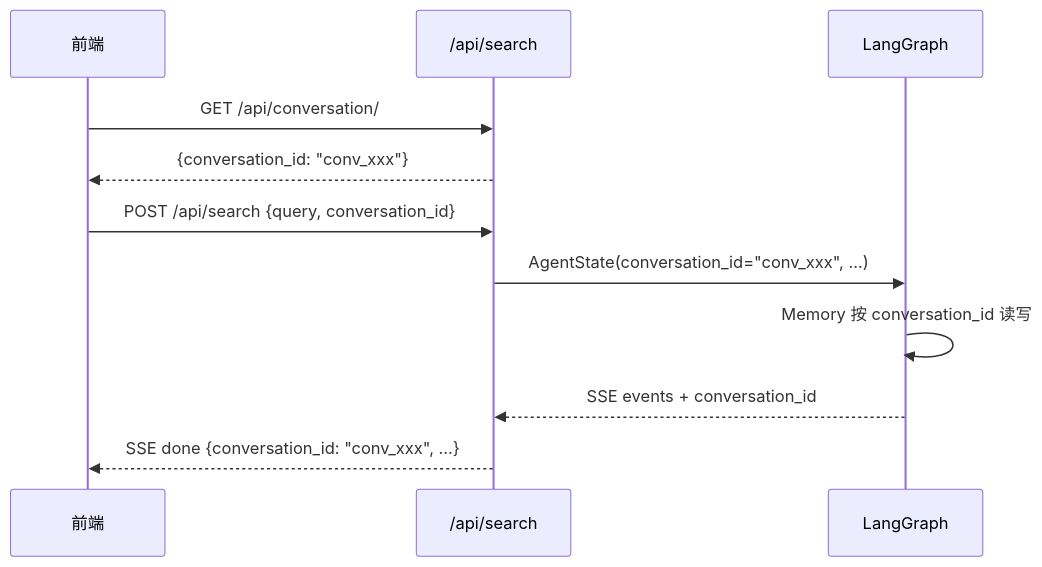
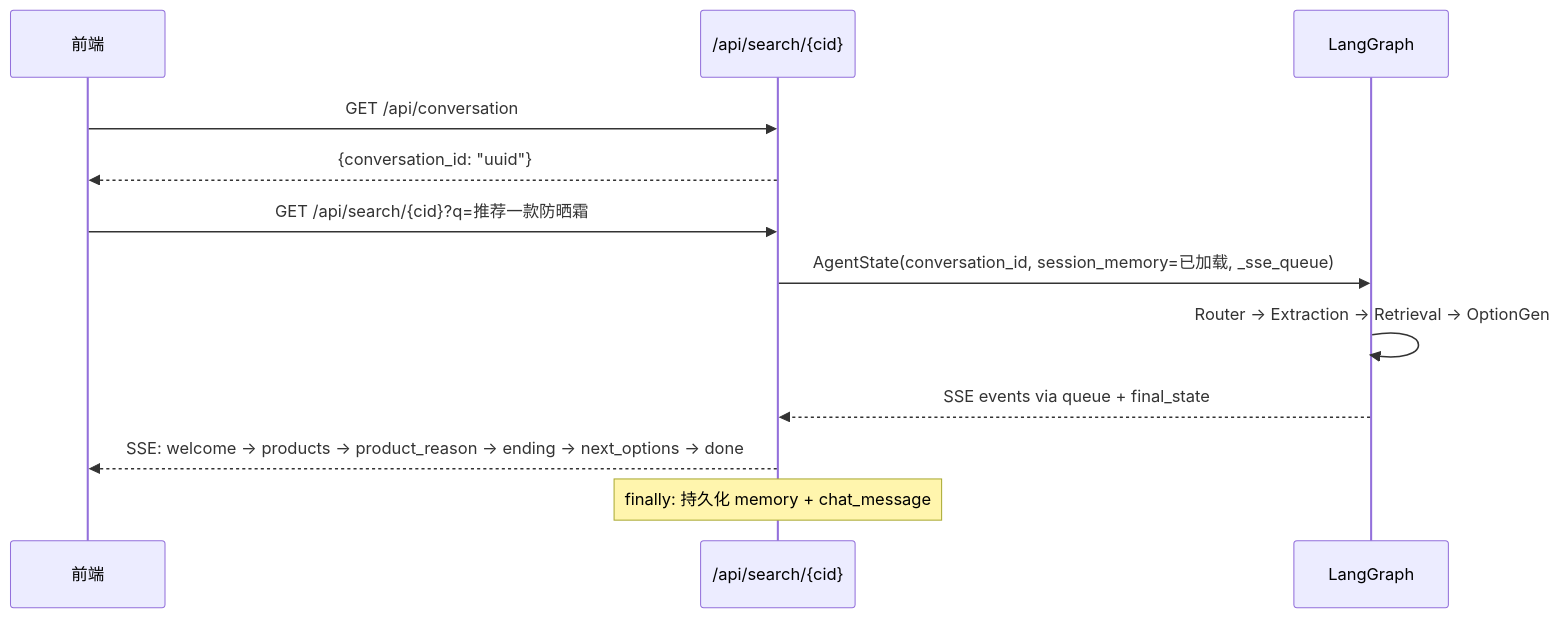
The second of 2 diagrams in server/docs/AGENT_OPT/GENERAL/SPEC.md (Crystalzhouby/AuraCart), drawn with Mermaid before and after one commit. The commit also changed other lines of this file and 28 other files, not shown here.

````diff
--- a/server/docs/AGENT_OPT/GENERAL/SPEC.md
+++ b/server/docs/AGENT_OPT/GENERAL/SPEC.md
@@ -793,15 +810,16 @@
 ```mermaid
 sequenceDiagram
     participant FE as 前端
-    participant API as /api/search
+    participant API as /api/search/{cid}
     participant Graph as LangGraph
 
-    FE->>API: GET /api/conversation/
-    API-->>FE: {conversation_id: "conv_xxx"}
+    FE->>API: GET /api/conversation
+    API-->>FE: {conversation_id: "uuid"}
 
-    FE->>API: POST /api/search {query, conversation_id}
-    API->>Graph: AgentState(conversation_id="conv_xxx", ...)
-    Graph->>Graph: Memory 按 conversation_id 读写
-    Graph-->>API: SSE events + conversation_id
-    API-->>FE: SSE done {conversation_id: "conv_xxx", ...}
+    FE->>API: GET /api/search/{cid}?q=推荐一款防晒霜
+    API->>Graph: AgentState(conversation_id, session_memory=已加载, _sse_queue)
+    Graph->>Graph: Router → Extraction → Retrieval → OptionGen
+    Graph-->>API: SSE events via queue + final_state
+    API-->>FE: SSE: welcome → products → product_reason → ending → next_options → done
+    Note over API: finally: 持久化 memory + chat_message
 ```
````
